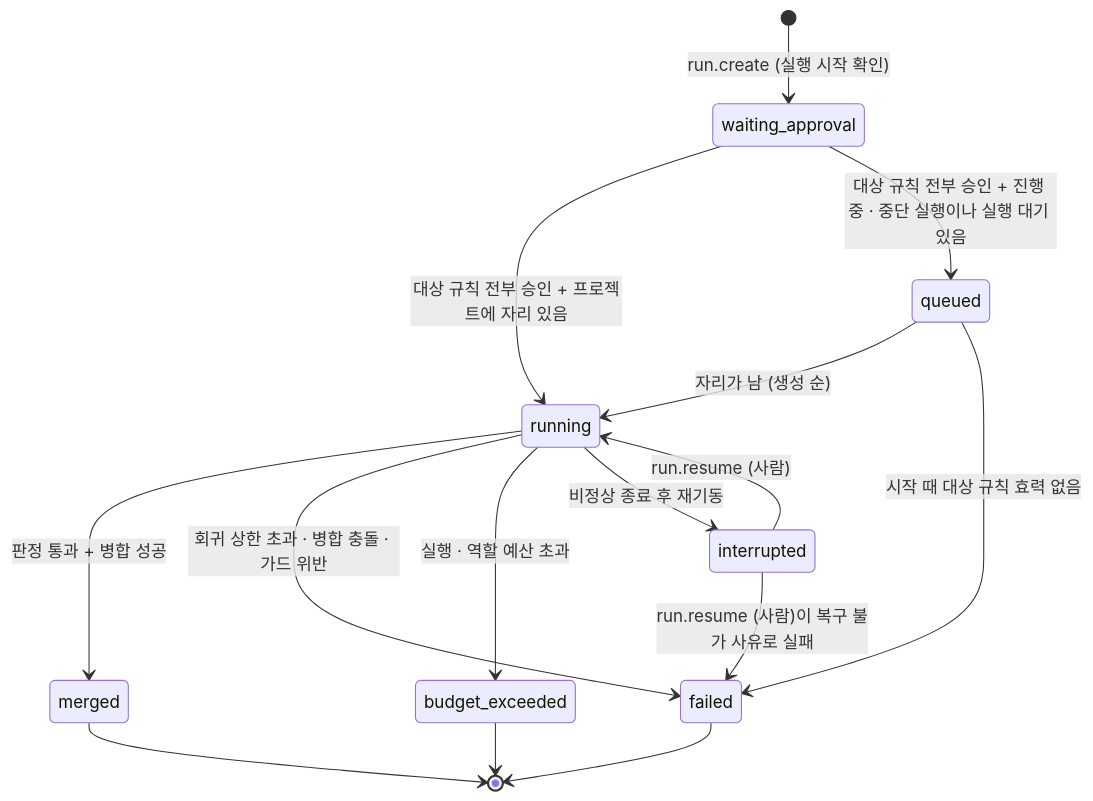
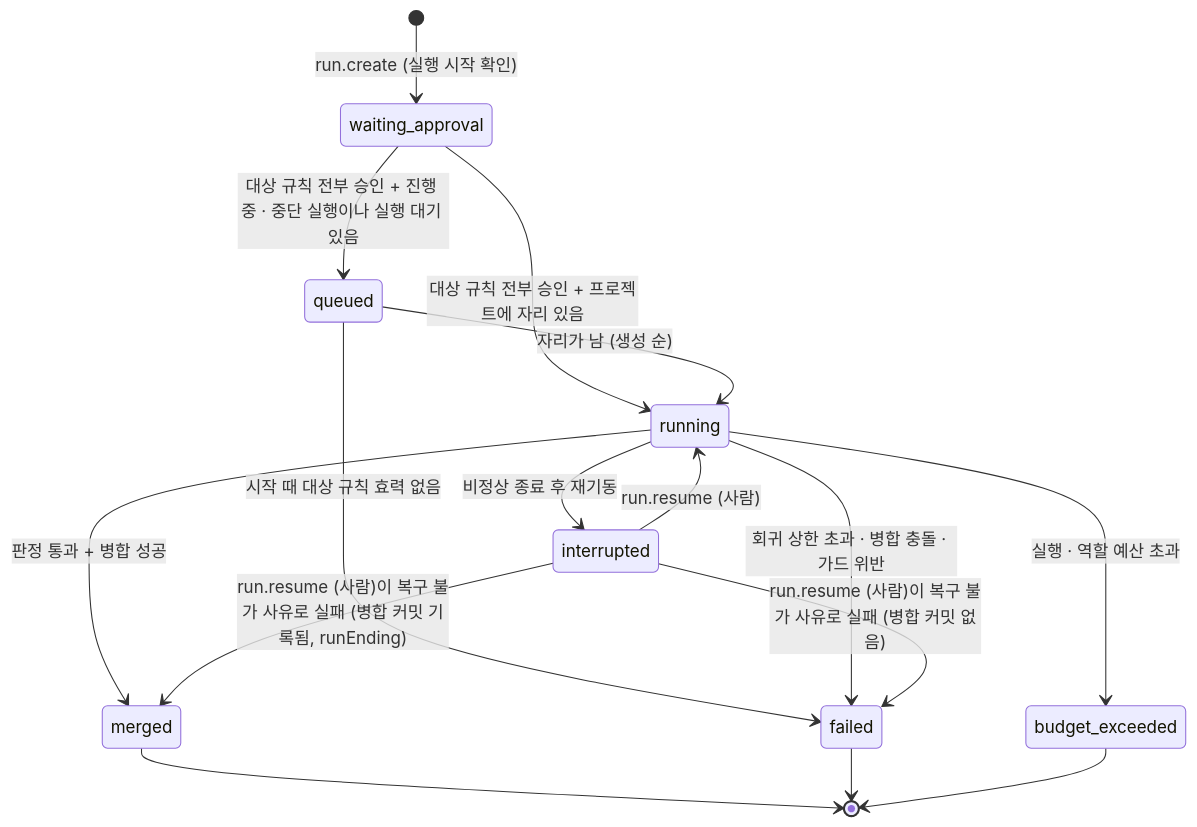
Before and after one commit to chanrhan/bive: the second of 2 diagrams in docs/architecture.md, drawn with Mermaid. The commit also changed other lines of this file and 10 other files, not shown here.

````diff
--- a/docs/architecture.md
+++ b/docs/architecture.md
@@ -180,17 +180,18 @@
 ```mermaid
 stateDiagram-v2
   [*] --> waiting_approval: run.create (실행 시작 확인)
   waiting_approval --> running: 대상 규칙 전부 승인 + 프로젝트에 자리 있음
   waiting_approval --> queued: 대상 규칙 전부 승인 + 진행 중 · 중단 실행이나 실행 대기 있음
   queued --> running: 자리가 남 (생성 순)
   queued --> failed: 시작 때 대상 규칙 효력 없음
   running --> merged: 판정 통과 + 병합 성공
   running --> failed: 회귀 상한 초과 · 병합 충돌 · 가드 위반
   running --> budget_exceeded: 실행 · 역할 예산 초과
   running --> interrupted: 비정상 종료 후 재기동
   interrupted --> running: run.resume (사람)
-  interrupted --> failed: run.resume (사람)이 복구 불가 사유로 실패
+  interrupted --> failed: run.resume (사람)이 복구 불가 사유로 실패 (병합 커밋 없음)
+  interrupted --> merged: run.resume (사람)이 복구 불가 사유로 실패 (병합 커밋 기록됨, runEnding)
   merged --> [*]
   failed --> [*]
   budget_exceeded --> [*]
 ```
````
